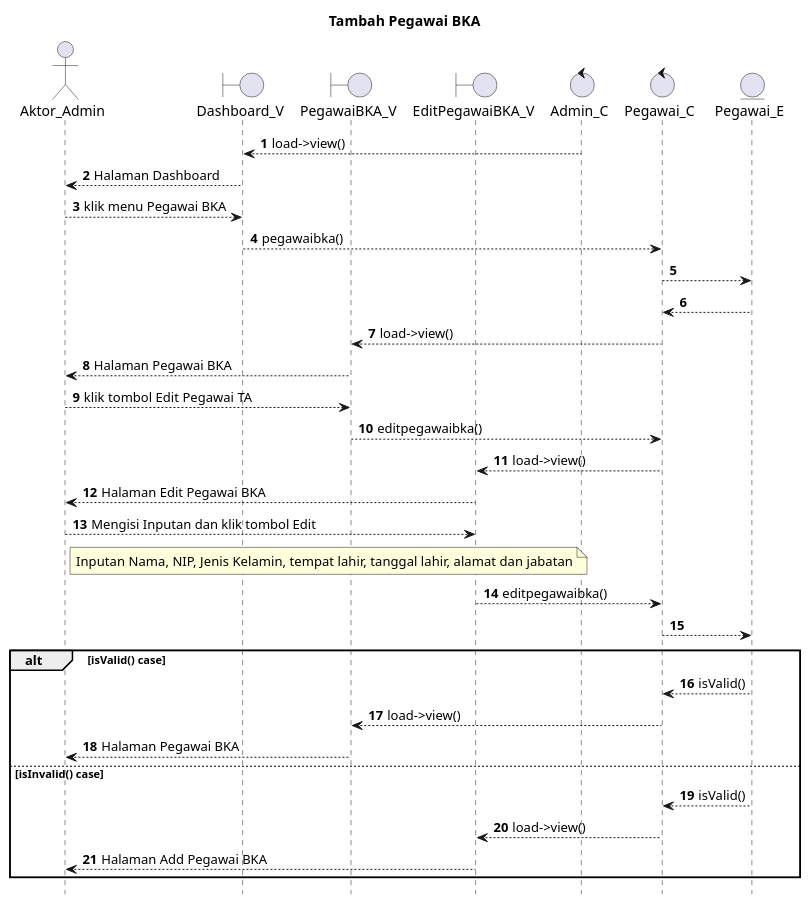
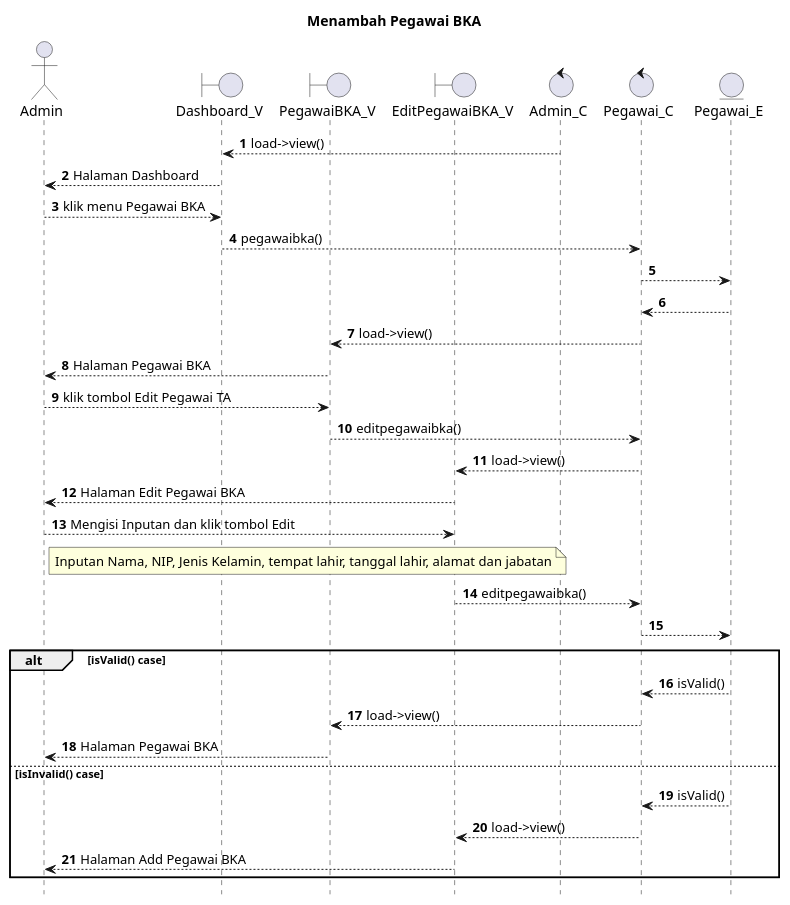
Before and after one commit to kurniado729/sistem_kp: the diagram in SELAIN SISTEM/UML/SEQUENCE/admin/EditPegawaiBKA.puml, drawn with PlantUML. The commit also changed 31 other files, not shown here.

Commit message:
masukkan sequence di laporan

```diff
--- a/SELAIN SISTEM/UML/SEQUENCE/admin/EditPegawaiBKA.puml
+++ b/SELAIN SISTEM/UML/SEQUENCE/admin/EditPegawaiBKA.puml
@@ -1,50 +1,50 @@
 @startuml
 
 autonumber
 hide footbox
-title Tambah Pegawai BKA
+title Menambah Pegawai BKA
 
-Actor Aktor_Admin
+Actor Admin
 boundary Dashboard_V
 boundary PegawaiBKA_V
 boundary EditPegawaiBKA_V
 control Admin_C
 control Pegawai_C
 Entity Pegawai_E
 
 Admin_C --> Dashboard_V: load->view()
-Dashboard_V --> Aktor_Admin: Halaman Dashboard
-Aktor_Admin --> Dashboard_V: klik menu Pegawai BKA
+Dashboard_V --> Admin: Halaman Dashboard
+Admin --> Dashboard_V: klik menu Pegawai BKA
 Dashboard_V --> Pegawai_C: pegawaibka()
 Pegawai_C --> Pegawai_E:
     
     Pegawai_E --> Pegawai_C:
     Pegawai_C --> PegawaiBKA_V: load->view()
-    PegawaiBKA_V --> Aktor_Admin: Halaman Pegawai BKA
+    PegawaiBKA_V --> Admin: Halaman Pegawai BKA
 
-Aktor_Admin --> PegawaiBKA_V: klik tombol Edit Pegawai TA
+Admin --> PegawaiBKA_V: klik tombol Edit Pegawai TA
 PegawaiBKA_V --> Pegawai_C: editpegawaibka()
 Pegawai_C --> EditPegawaiBKA_V: load->view()
-EditPegawaiBKA_V --> Aktor_Admin: Halaman Edit Pegawai BKA
+EditPegawaiBKA_V --> Admin: Halaman Edit Pegawai BKA
 
-Aktor_Admin --> EditPegawaiBKA_V: Mengisi Inputan dan klik tombol Edit
-    note right of Aktor_Admin
+Admin --> EditPegawaiBKA_V: Mengisi Inputan dan klik tombol Edit
+    note right of Admin
         Inputan Nama, NIP, Jenis Kelamin, tempat lahir, tanggal lahir, alamat dan jabatan
             end note
 EditPegawaiBKA_V --> Pegawai_C: editpegawaibka()
 Pegawai_C --> Pegawai_E:
 
 alt isValid() case
     
     Pegawai_E --> Pegawai_C: isValid()
     Pegawai_C --> PegawaiBKA_V: load->view()
-    PegawaiBKA_V --> Aktor_Admin: Halaman Pegawai BKA
+    PegawaiBKA_V --> Admin: Halaman Pegawai BKA
 
 else isInvalid() case
     
     Pegawai_E --> Pegawai_C: isValid()
     Pegawai_C --> EditPegawaiBKA_V: load->view()
-    EditPegawaiBKA_V --> Aktor_Admin: Halaman Add Pegawai BKA
+    EditPegawaiBKA_V --> Admin: Halaman Add Pegawai BKA
 
 end
 @enduml
```
